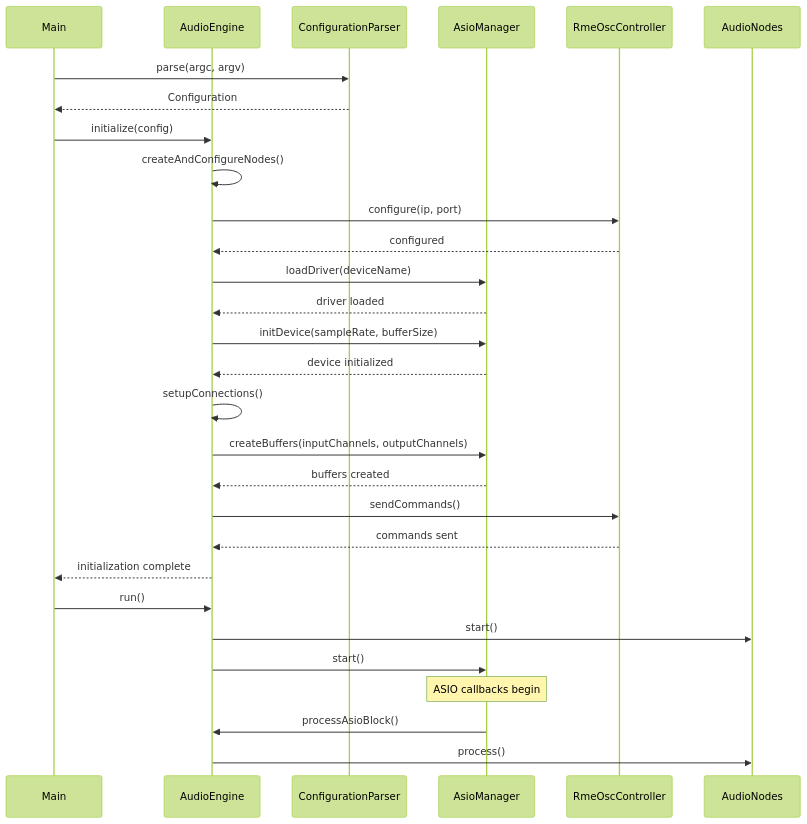
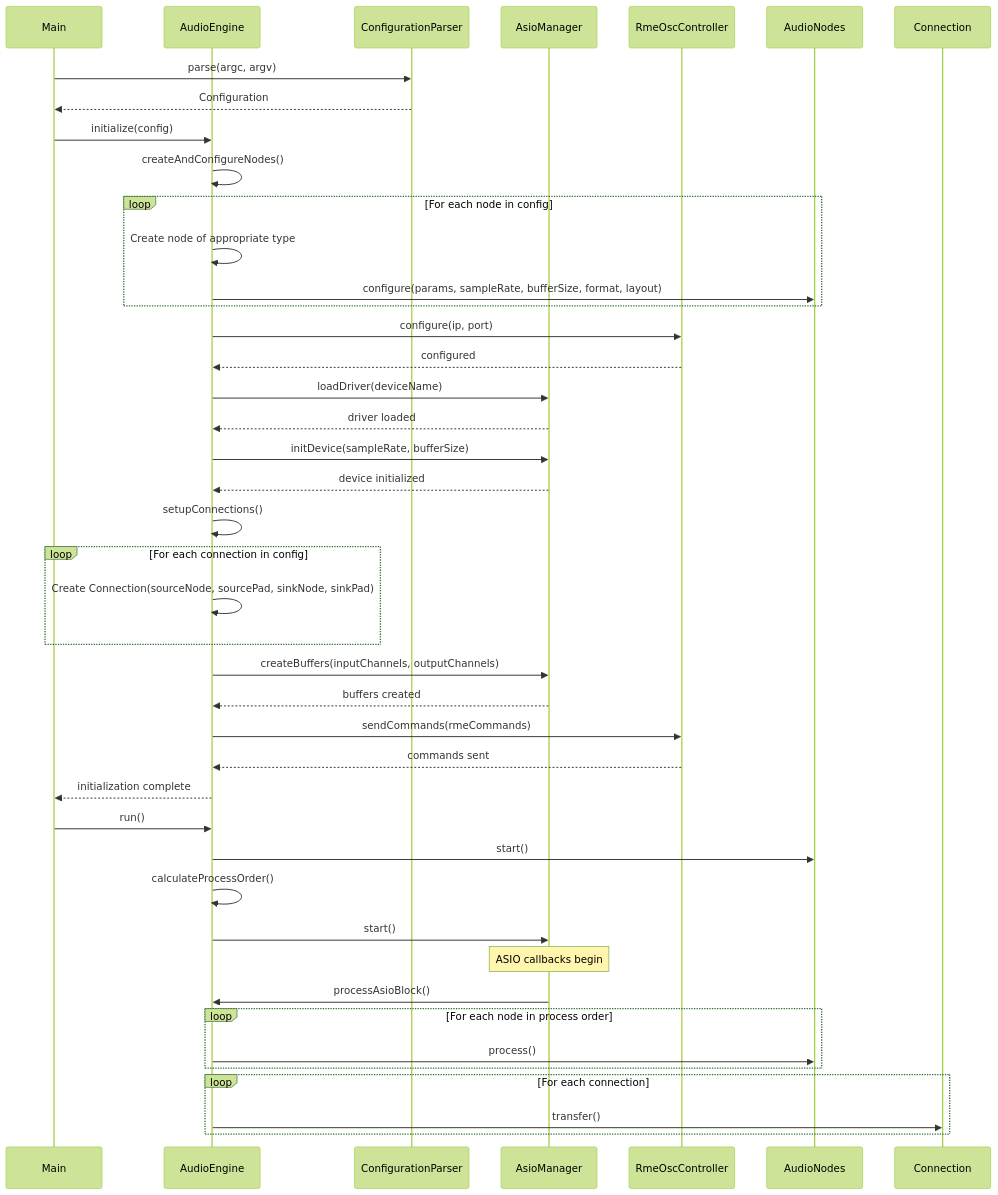
One commit to david-t-martel/oscmex changed the third of 4 diagrams in src/AudioEngine/MERMAID.md. Above: the diagram before and after it, drawn with Mermaid (forest theme). The commit also changed other lines of this file and 11 other files, not shown here.

````diff
--- a/src/AudioEngine/MERMAID.md
+++ b/src/AudioEngine/MERMAID.md
@@ -229,43 +296,60 @@
 ```mermaid
 sequenceDiagram
     participant Main
     participant Engine as AudioEngine
     participant Config as ConfigurationParser
     participant ASIO as AsioManager
     participant RME as RmeOscController
     participant Nodes as AudioNodes
 
     Main->>Config: parse(argc, argv)
     Config-->>Main: Configuration
 
     Main->>Engine: initialize(config)
     Engine->>Engine: createAndConfigureNodes()
 
+    loop For each node in config
+        Engine->>Engine: Create node of appropriate type
+        Engine->>Nodes: configure(params, sampleRate, bufferSize, format, layout)
+    end
+
     Engine->>RME: configure(ip, port)
     RME-->>Engine: configured
 
     Engine->>ASIO: loadDriver(deviceName)
     ASIO-->>Engine: driver loaded
 
     Engine->>ASIO: initDevice(sampleRate, bufferSize)
     ASIO-->>Engine: device initialized
 
     Engine->>Engine: setupConnections()
 
+    loop For each connection in config
+        Engine->>Engine: Create Connection(sourceNode, sourcePad, sinkNode, sinkPad)
+    end
+
     Engine->>ASIO: createBuffers(inputChannels, outputChannels)
     ASIO-->>Engine: buffers created
 
-    Engine->>RME: sendCommands()
+    Engine->>RME: sendCommands(rmeCommands)
     RME-->>Engine: commands sent
 
     Engine-->>Main: initialization complete
 
     Main->>Engine: run()
     Engine->>Nodes: start()
+    Engine->>Engine: calculateProcessOrder()
     Engine->>ASIO: start()
 
     Note over ASIO: ASIO callbacks begin
 
     ASIO->>Engine: processAsioBlock()
-    Engine->>Nodes: process()
+
+    loop For each node in process order
+        Engine->>Nodes: process()
+    end
+
+    loop For each connection
+        Engine->>Connection: transfer()
+    end
 ```
````
